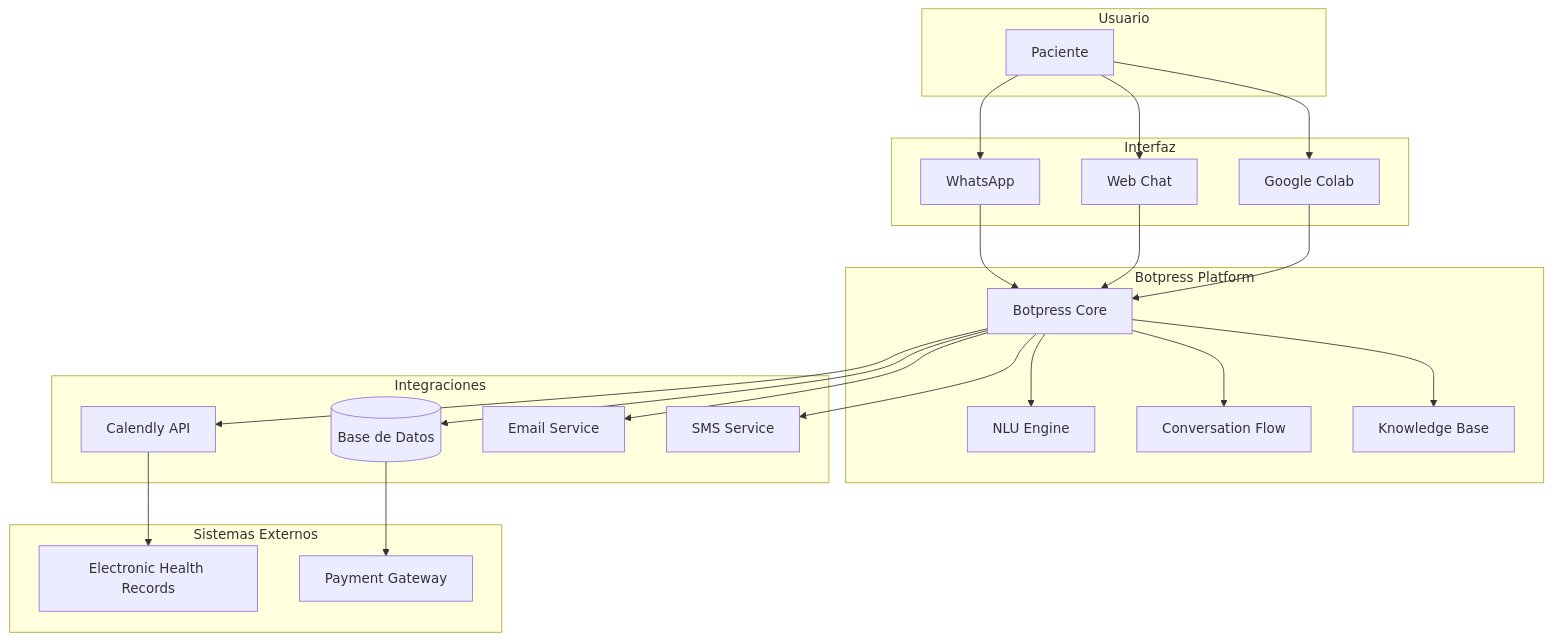
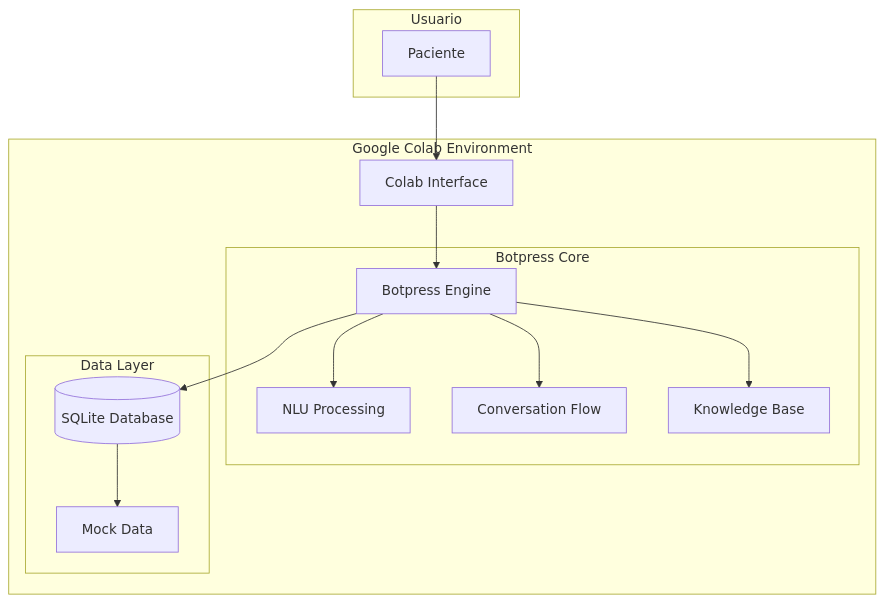
The first of 6 diagrams in chatbot_design_document.md (horacefonseca/ped_ass_chatbot), drawn with Mermaid before and after one commit. The commit also changed other lines of this file and 14 other files, not shown here.

````diff
--- a/chatbot_design_document.md
+++ b/chatbot_design_document.md
@@ -37,51 +37,32 @@
 ```mermaid
 graph TB
     subgraph "Usuario"
         U[Paciente]
     end
     
-    subgraph "Interfaz"
-        WA[WhatsApp]
-        WEB[Web Chat]
-        COL[Google Colab]
+    subgraph "Google Colab Environment"
+        COL[Colab Interface]
+        
+        subgraph "Botpress Core"
+            BP[Botpress Engine]
+            NLU[NLU Processing]
+            CF[Conversation Flow]
+            KB[Knowledge Base]
+        end
+        
+        subgraph "Data Layer"
+            DB[(SQLite Database)]
+            MOCK[Mock Data]
+        end
     end
     
-    subgraph "Botpress Platform"
-        BP[Botpress Core]
-        NLU[NLU Engine]
-        CF[Conversation Flow]
-        KB[Knowledge Base]
-    end
-    
-    subgraph "Integraciones"
-        CAL[Calendly API]
-        DB[(Base de Datos)]
-        EMAIL[Email Service]
-        SMS[SMS Service]
-    end
-    
-    subgraph "Sistemas Externos"
-        EHR[Electronic Health Records]
-        PAY[Payment Gateway]
-    end
-    
-    U --> WA
-    U --> WEB
     U --> COL
-    
-    WA --> BP
-    WEB --> BP
     COL --> BP
     
     BP --> NLU
     BP --> CF
     BP --> KB
     
-    BP --> CAL
     BP --> DB
-    BP --> EMAIL
-    BP --> SMS
-    
-    CAL --> EHR
-    DB --> PAY
+    DB --> MOCK
 ```
````
